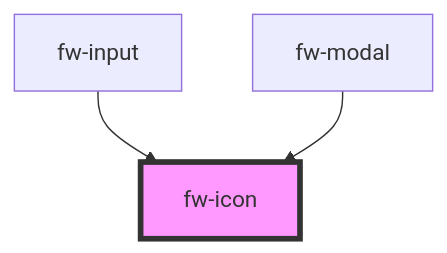
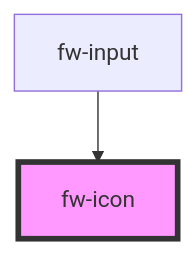
One commit to freshworks/crayons changed the diagram in src/components/icon/readme.md. Above: the diagram before and after it, drawn with Mermaid. The commit also changed other lines of this file and 5 other files, not shown here.

````diff
--- a/src/components/icon/readme.md
+++ b/src/components/icon/readme.md
@@ -42,6 +34,5 @@
 ```mermaid
 graph TD;
   fw-input --> fw-icon
-  fw-modal --> fw-icon
   style fw-icon fill:#f9f,stroke:#333,stroke-width:4px
 ```
````
